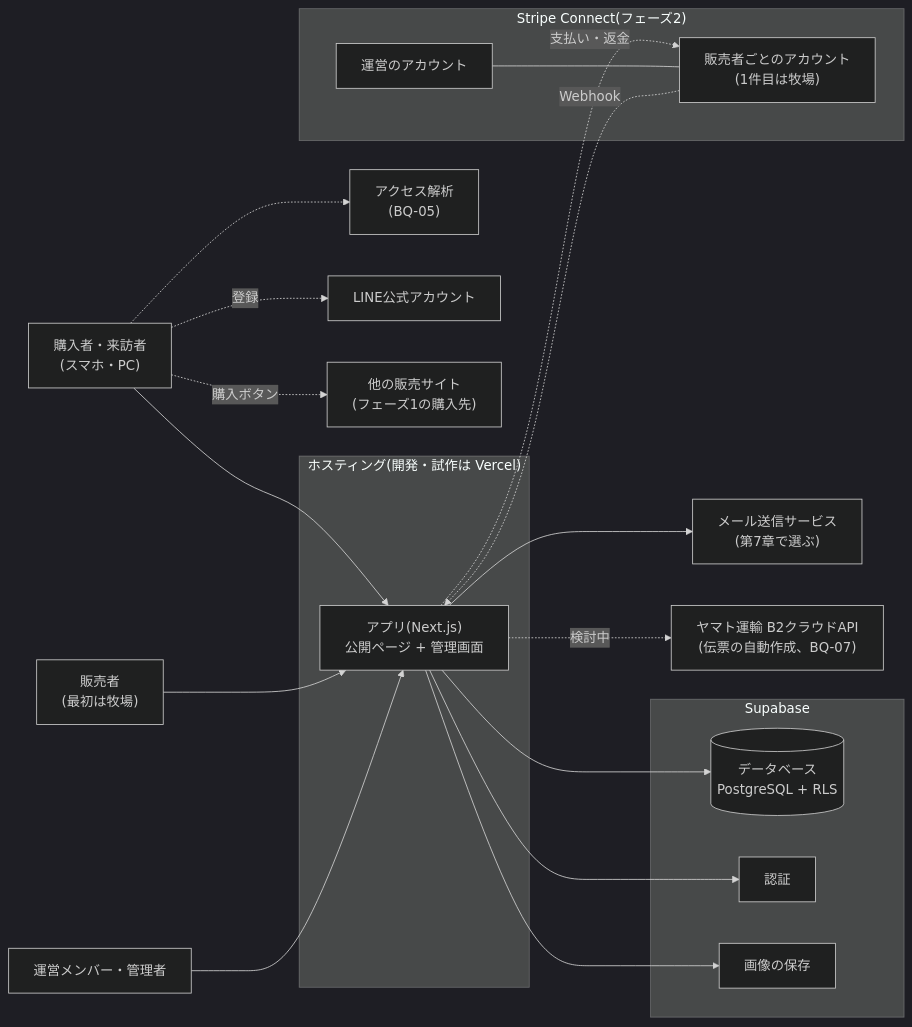
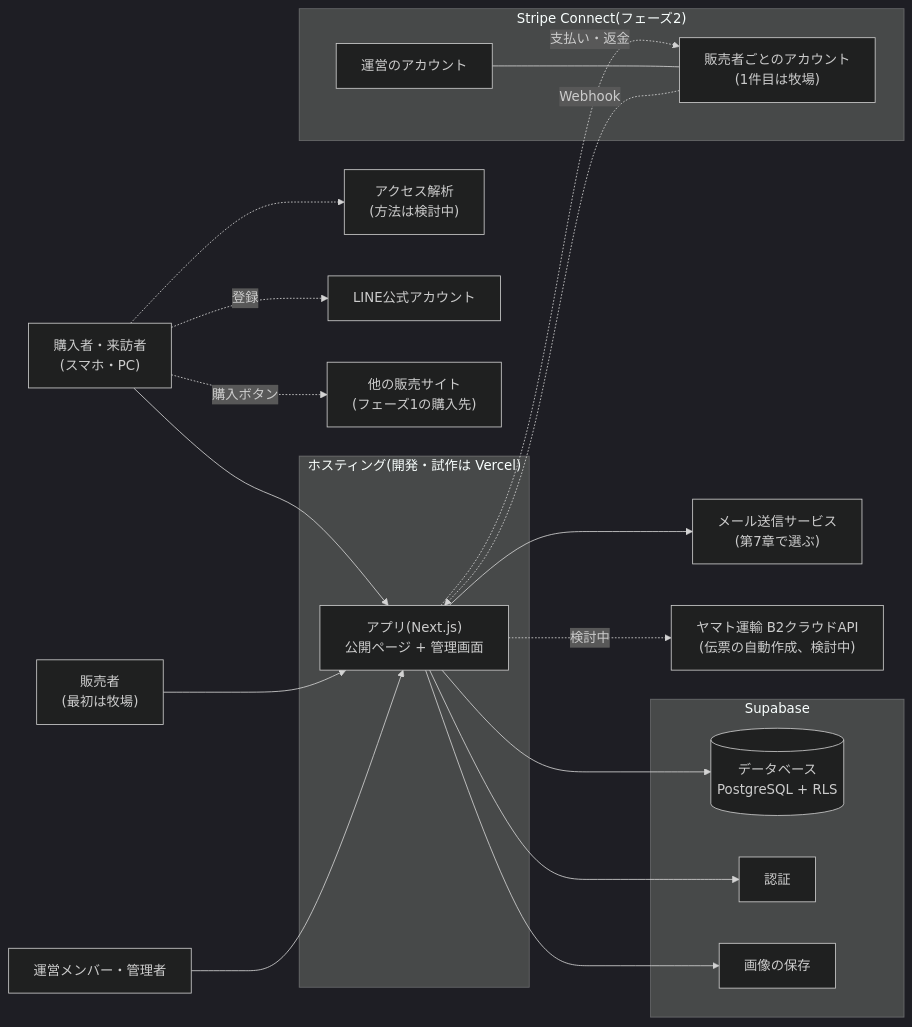
The first of 4 diagrams in docs/03-basic-design.md (tenkunomori-emu/emu-farm-ec), drawn with Mermaid (dark theme) before and after one commit. The commit also changed other lines of this file and 1 other file, not shown here.

````diff
--- a/docs/03-basic-design.md
+++ b/docs/03-basic-design.md
@@ -47,42 +47,42 @@
 ```mermaid
 flowchart LR
   visitor["購入者・来訪者<br>(スマホ・PC)"]
   seller["販売者<br>(最初は牧場)"]
   staff["運営メンバー・管理者"]
 
   subgraph host["ホスティング(開発・試作は Vercel)"]
     app["アプリ(Next.js)<br>公開ページ + 管理画面"]
   end
 
   subgraph supa["Supabase"]
     db[("データベース<br>PostgreSQL + RLS")]
     auth["認証"]
     storage["画像の保存"]
   end
 
   subgraph stripe["Stripe Connect(フェーズ2)"]
     platform["運営のアカウント"]
     connected["販売者ごとのアカウント<br>(1件目は牧場)"]
   end
 
   mail["メール送信サービス<br>(第7章で選ぶ)"]
-  analytics["アクセス解析<br>(BQ-05)"]
+  analytics["アクセス解析<br>(方法は検討中)"]
   line["LINE公式アカウント"]
   shop["他の販売サイト<br>(フェーズ1の購入先)"]
-  yamato["ヤマト運輸 B2クラウドAPI<br>(伝票の自動作成、BQ-07)"]
+  yamato["ヤマト運輸 B2クラウドAPI<br>(伝票の自動作成、検討中)"]
 
   visitor --> app
   seller --> app
   staff --> app
   app --> db
   app --> auth
   app --> storage
   app --> mail
   visitor -.-> analytics
   visitor -.登録.-> line
   visitor -.購入ボタン.-> shop
   app -.支払い・返金.-> connected
   platform --- connected
   connected -.Webhook.-> app
   app -.検討中.-> yamato
 ```
````
